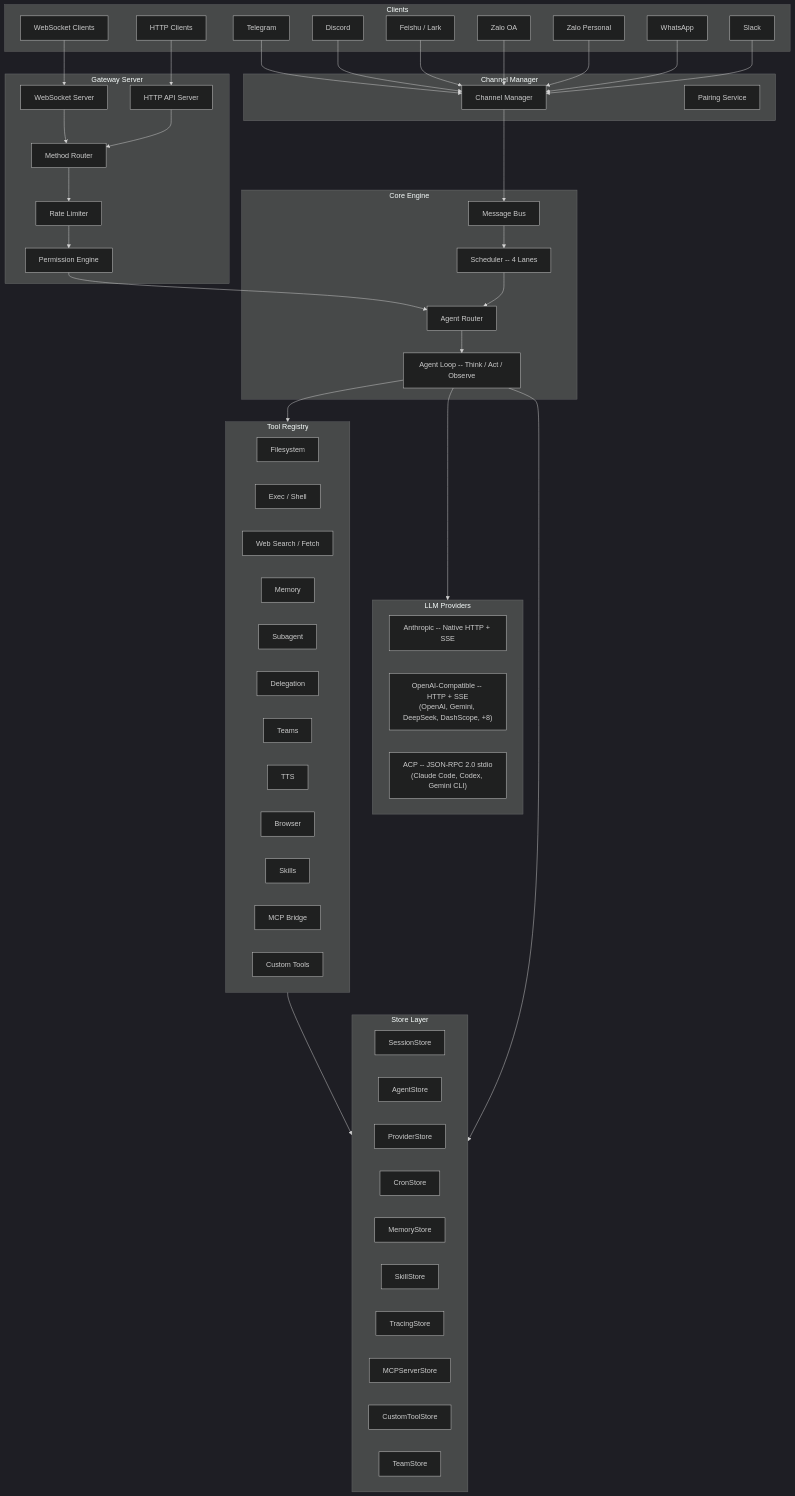
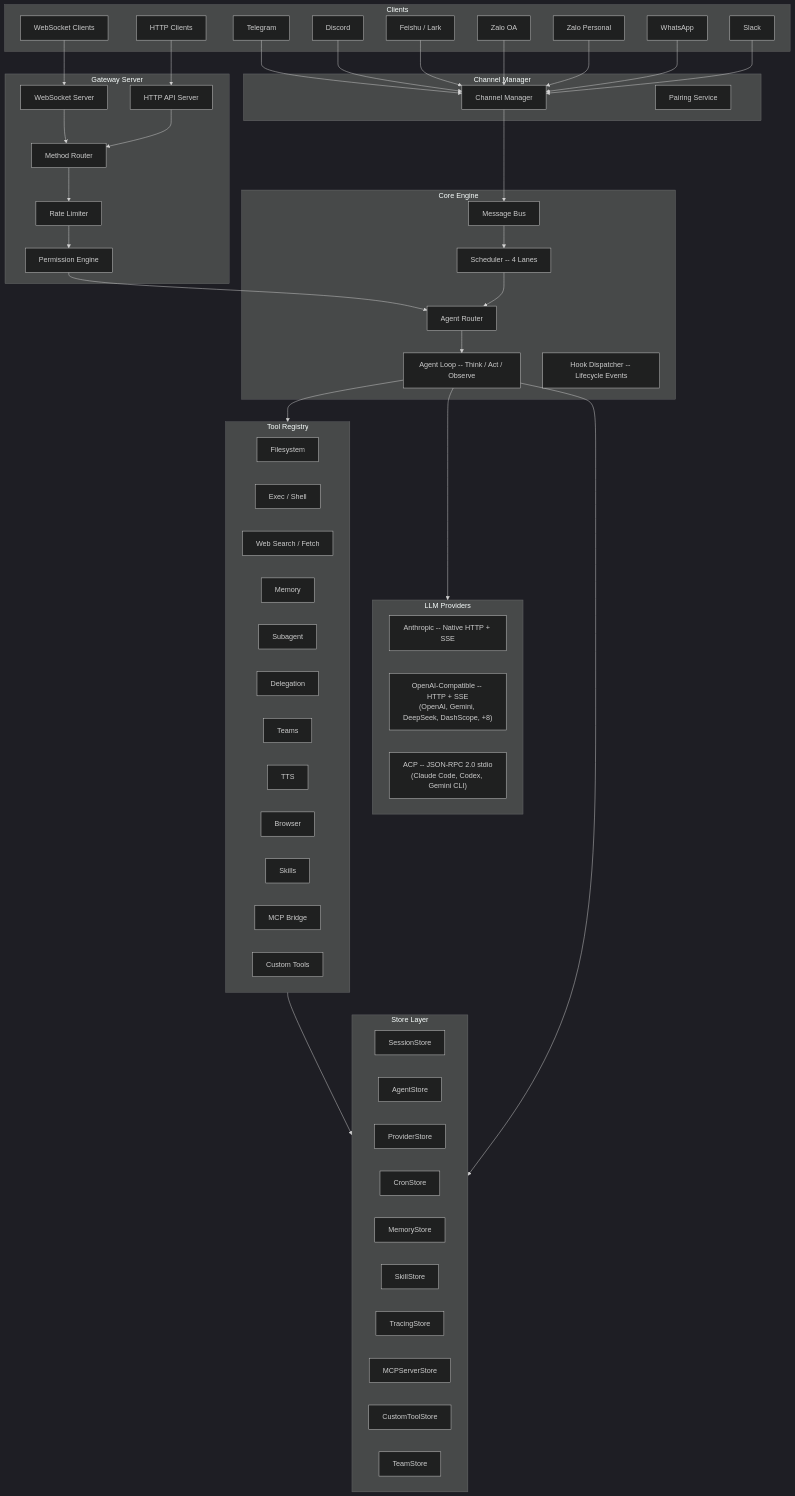
One commit to qkhalk/goclaw changed the first of 6 diagrams in docs/00-architecture-overview.md. Above: the diagram before and after it, drawn with Mermaid (dark theme). The commit also changed other lines of this file and 33 other files, not shown here.

First line of the commit message:
feat(hooks): introduce agent lifecycle hooks foundation with fail-closed blocking semantics

```diff
--- a/docs/00-architecture-overview.md
+++ b/docs/00-architecture-overview.md
@@ -38,6 +38,7 @@
         SCHED[Scheduler -- 4 Lanes]
         AR[Agent Router]
         LOOP[Agent Loop -- Think / Act / Observe]
+        HOOKS[Hook Dispatcher -- Lifecycle Events]
     end
 
     subgraph Providers["LLM Providers"]
```
